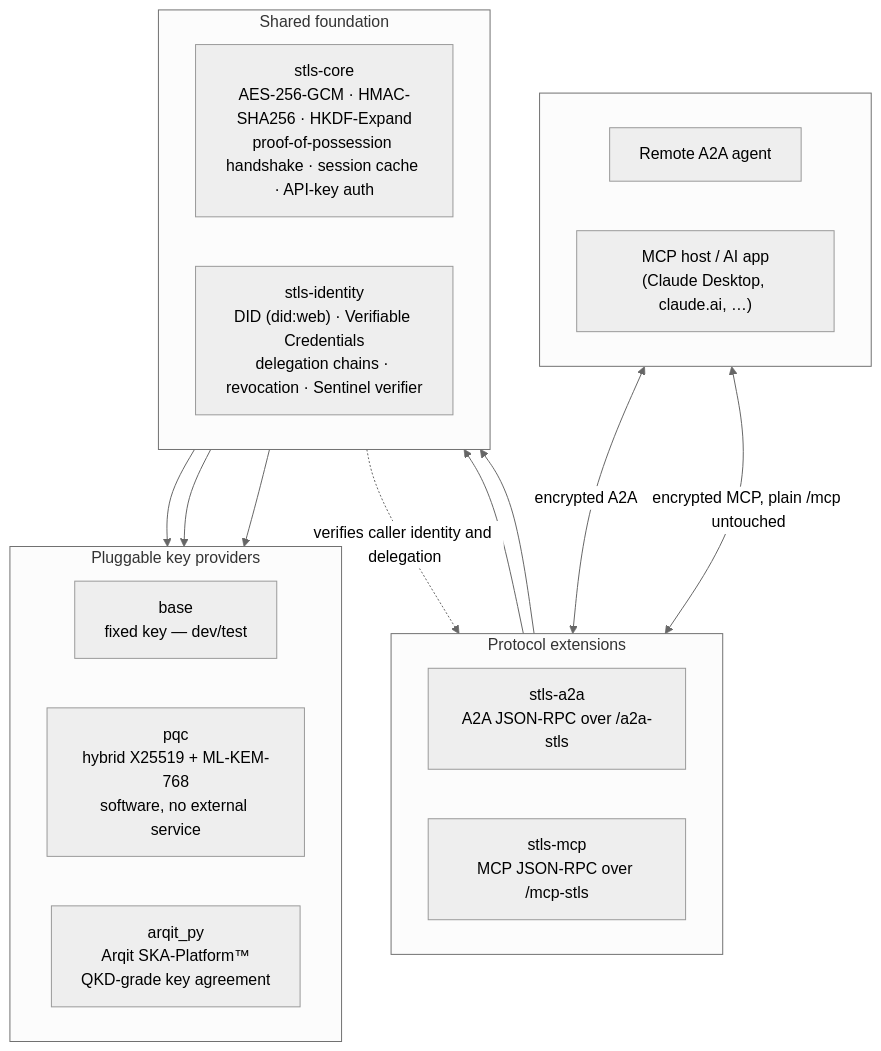
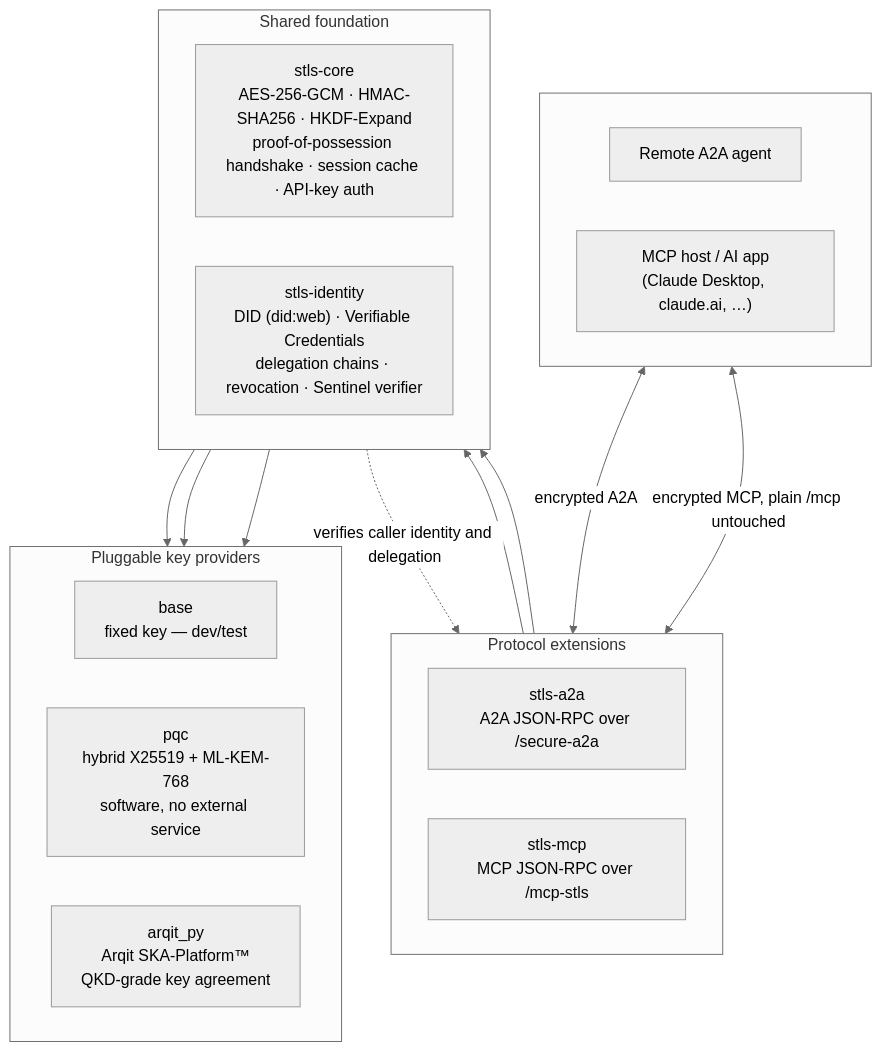
Before and after one commit to sparkle-stls-ai/stls-ai: the diagram in README.md, drawn with Mermaid (neutral theme). The commit also changed other lines of this file and 48 other files, not shown here.

````diff
--- a/README.md
+++ b/README.md
@@ -39,36 +39,36 @@
 ```mermaid
 flowchart TB
     subgraph Agents[" "]
         direction LR
         A2APeer["Remote A2A agent"]
         MCPHost["MCP host / AI app<br/>(Claude Desktop, claude.ai, …)"]
     end
 
     subgraph Protocols["Protocol extensions"]
         direction LR
-        A2A["stls-a2a<br/>A2A JSON-RPC over /a2a-stls"]
+        A2A["stls-a2a<br/>A2A JSON-RPC over /secure-a2a"]
         MCP["stls-mcp<br/>MCP JSON-RPC over /mcp-stls"]
     end
 
     subgraph Foundation["Shared foundation"]
         direction LR
         CORE["stls-core<br/>AES-256-GCM · HMAC-SHA256 · HKDF-Expand<br/>proof-of-possession handshake · session cache · API-key auth"]
         IDENT["stls-identity<br/>DID (did:web) · Verifiable Credentials<br/>delegation chains · revocation · Sentinel verifier"]
     end
 
     subgraph Providers["Pluggable key providers"]
         direction LR
         BASE["base<br/>fixed key — dev/test"]
         PQC["pqc<br/>hybrid X25519 + ML-KEM-768<br/>software, no external service"]
         ARQIT["arqit_py<br/>Arqit SKA-Platform™<br/>QKD-grade key agreement"]
     end
 
     A2APeer <-->|encrypted A2A| A2A
     MCPHost <-->|encrypted MCP, plain /mcp untouched| MCP
     A2A --> CORE
     MCP --> CORE
     IDENT -. "verifies caller identity and delegation" .-> A2A
     CORE --> BASE
     CORE --> PQC
     CORE --> ARQIT
 ```
````
